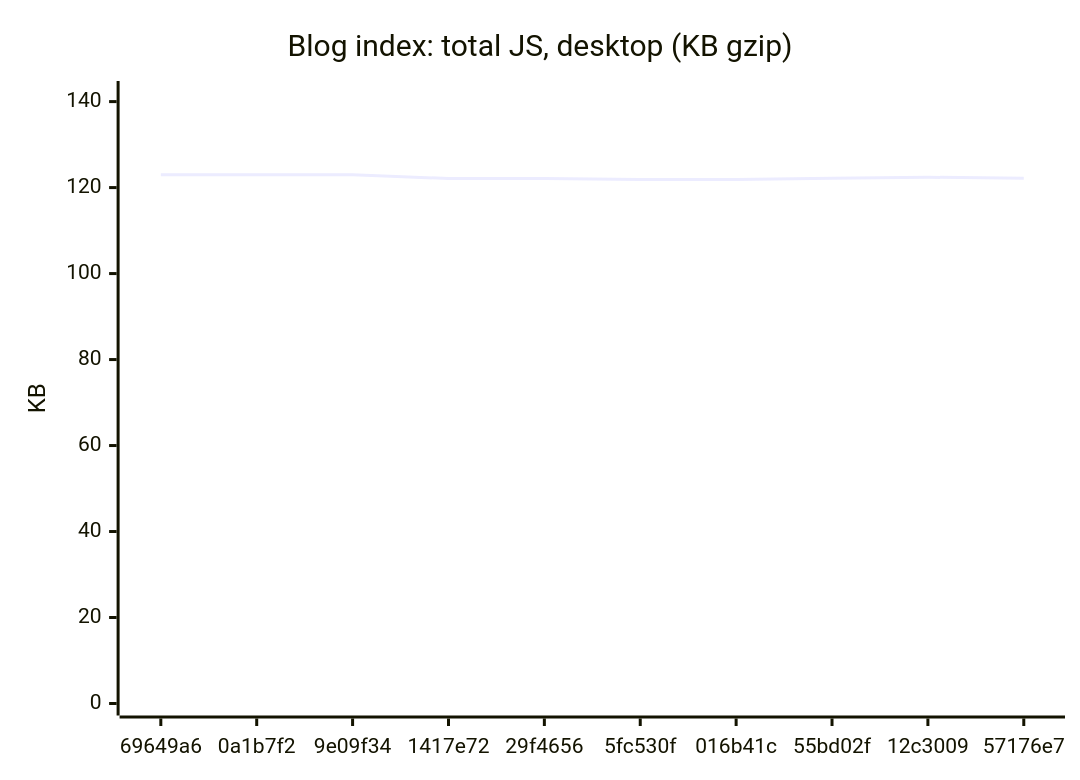
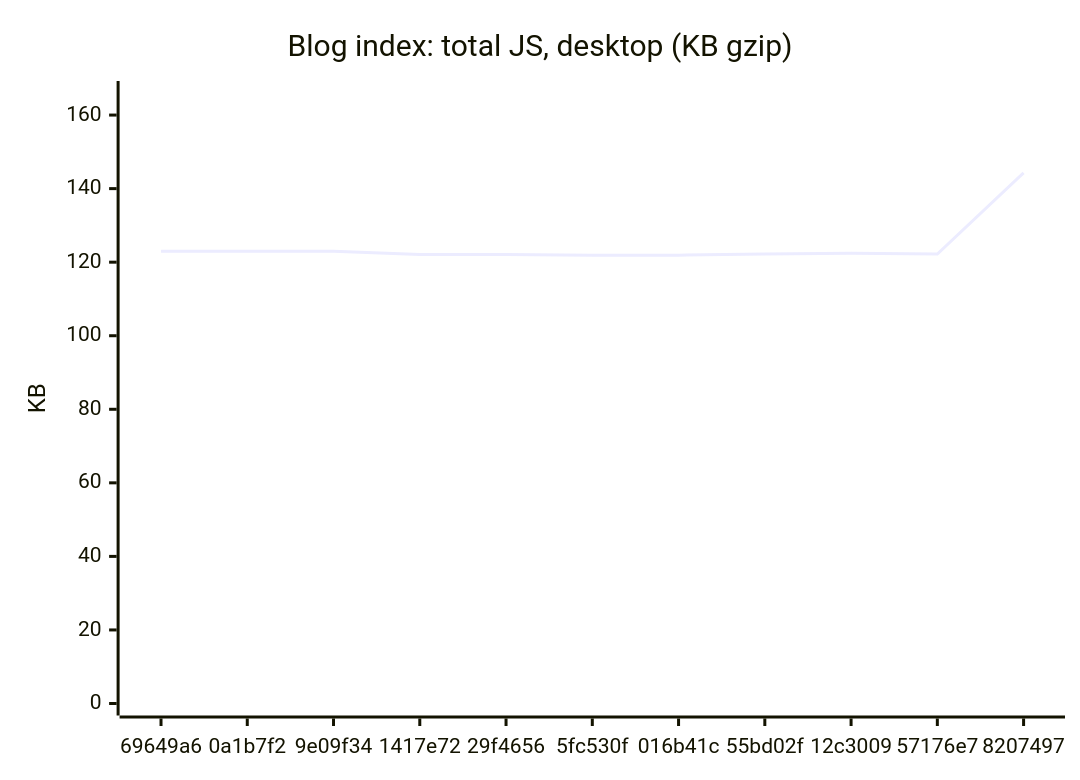
Before and after one commit to AxelUser/maltsev.space: the third of 18 diagrams in README.md, drawn with Mermaid. The commit also changed other lines of this file and 1 other file, not shown here.

````diff
--- a/README.md
+++ b/README.md
@@ -53,7 +53,7 @@
 ```mermaid
 xychart-beta
   title "Blog index: total JS, desktop (KB gzip)"
-  x-axis ["69649a6", "0a1b7f2", "9e09f34", "1417e72", "29f4656", "5fc530f", "016b41c", "55bd02f", "12c3009", "57176e7"]
-  y-axis "KB" 0 --> 142
-  line [123, 123, 123, 122.1, 122.1, 121.9, 121.9, 122.2, 122.4, 122.2]
+  x-axis ["69649a6", "0a1b7f2", "9e09f34", "1417e72", "29f4656", "5fc530f", "016b41c", "55bd02f", "12c3009", "57176e7", "8207497"]
+  y-axis "KB" 0 --> 166
+  line [123, 123, 123, 122.1, 122.1, 121.9, 121.9, 122.2, 122.4, 122.2, 144.3]
 ```
````
